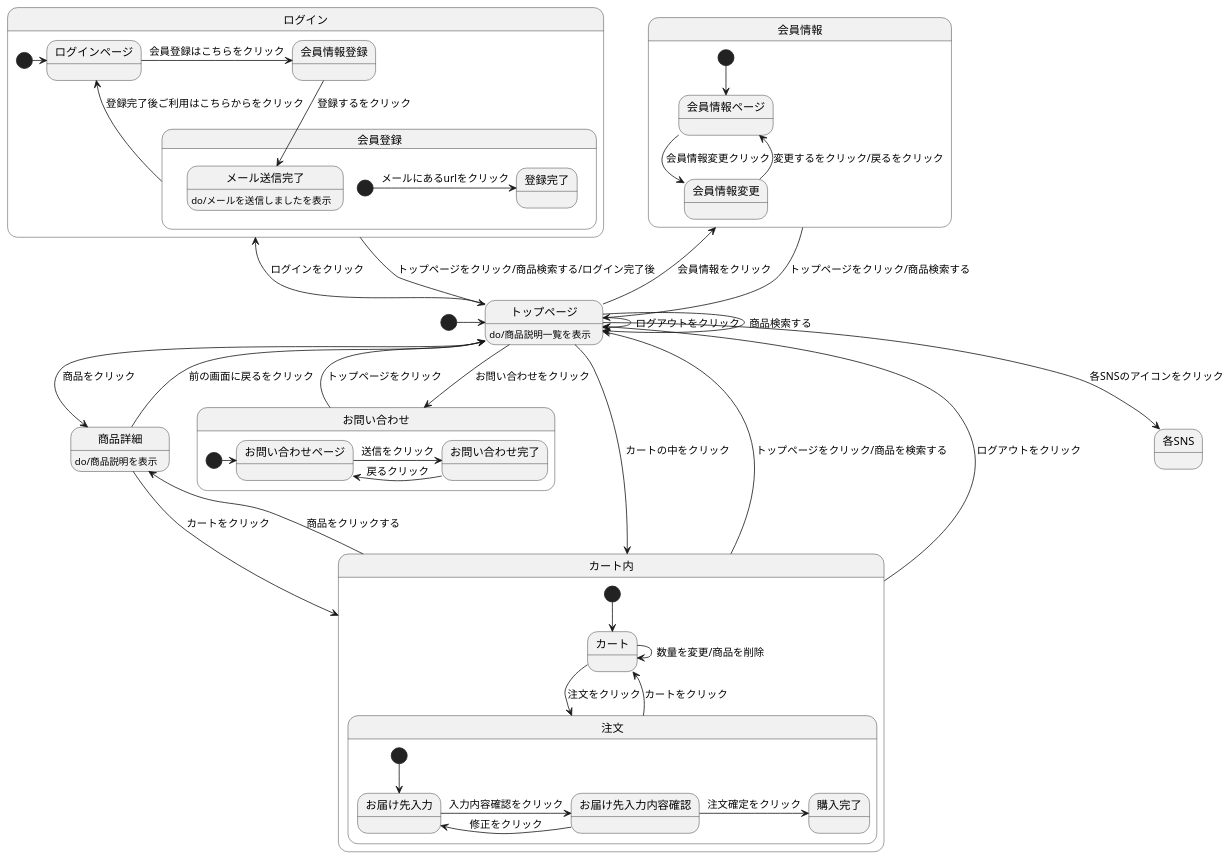
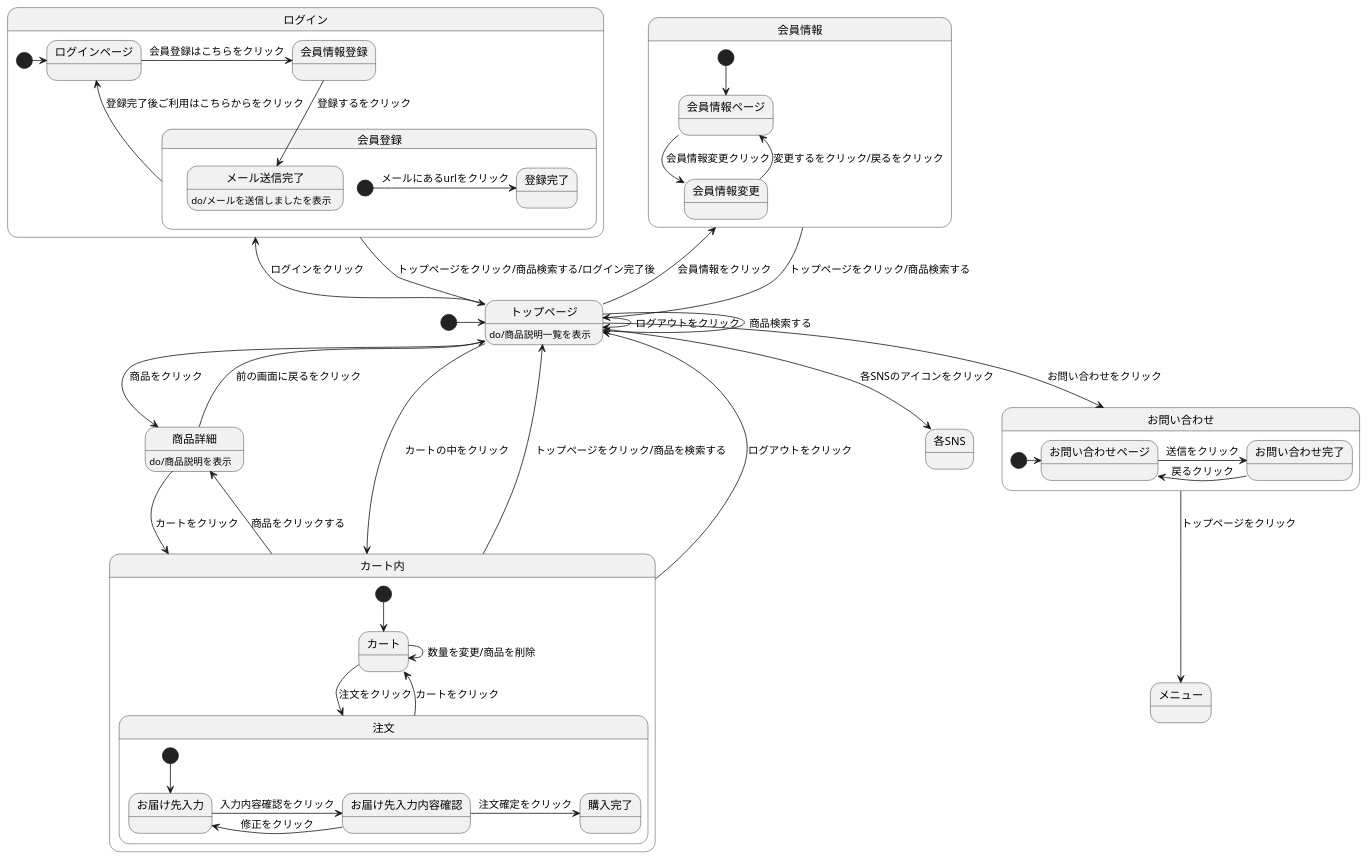
The diagram in original-stm01.md (Aso2001026/2021sys-design), drawn with PlantUML before and after one commit.

````diff
--- a/original-stm01.md
+++ b/original-stm01.md
@@ -2,68 +2,70 @@
 ```uml
 @startuml
 
 [*] -> トップページ
 トップページ -> トップページ : ログアウトをクリック
 トップページ -> トップページ : 商品検索する
 トップページ -> 商品詳細 : 商品をクリック
 トップページ -up-> 会員情報 : 会員情報をクリック
 トップページ -left-> ログイン : ログインをクリック
 トップページ --> カート内 : カートの中をクリック
 トップページ:do/商品説明一覧を表示
 トップページ --> 各SNS : 各SNSのアイコンをクリック
 トップページ --> お問い合わせ :お問い合わせをクリック
 
 state 会員情報{
 [*] --> 会員情報ページ
 会員情報ページ --> 会員情報変更 : 会員情報変更クリック
 会員情報変更 -up-> 会員情報ページ: 変更するをクリック/戻るをクリック
 }
 会員情報 --> トップページ : トップページをクリック/商品検索する
 
 
 
 商品詳細 --> カート内 : カートをクリック
 商品詳細 --> トップページ : 前の画面に戻るをクリック
 商品詳細:do/商品説明を表示
 
 state カート内{
 [*] --> カート
 カート -> 注文 : 注文をクリック
 カート -> カート : 数量を変更/商品を削除
 注文 --> カート : カートをクリック
  state 注文{
   [*] --> お届け先入力
   お届け先入力 -> お届け先入力内容確認 : 入力内容確認をクリック
   お届け先入力内容確認 -> お届け先入力 : 修正をクリック
   お届け先入力内容確認 -> 購入完了 : 注文確定をクリック
  }
 }
 カート内 -up-> トップページ : トップページをクリック/商品を検索する
 カート内 -up-> トップページ : ログアウトをクリック
 カート内 -> 商品詳細 : 商品をクリックする
 
 
 state ログイン{
 [*]->ログインページ
 ログインページ -> 会員情報登録 : 会員登録はこちらをクリック
  state 会員登録{
    会員情報登録 --> メール送信完了 : 登録するをクリック
    メール送信完了 :do/メールを送信しましたを表示
    [*] -> 登録完了 : メールにあるurlをクリック
    会員登録 --> ログインページ : 登録完了後ご利用はこちらからをクリック
  }
 }
 ログイン --> トップページ : トップページをクリック/商品検索する/ログイン完了後
 
 state お問い合わせ{
 [*] -> お問い合わせページ
 お問い合わせページ -> お問い合わせ完了 :送信をクリック
 お問い合わせ完了 -left-> お問い合わせページ : 戻るクリック
 }
-お問い合わせ -left-> トップページ : トップページをクリック
+お問い合わせ --> メニュー : トップページをクリック
 
+state メニュー{
+}
 
 
 @enduml
 
 ```
````
